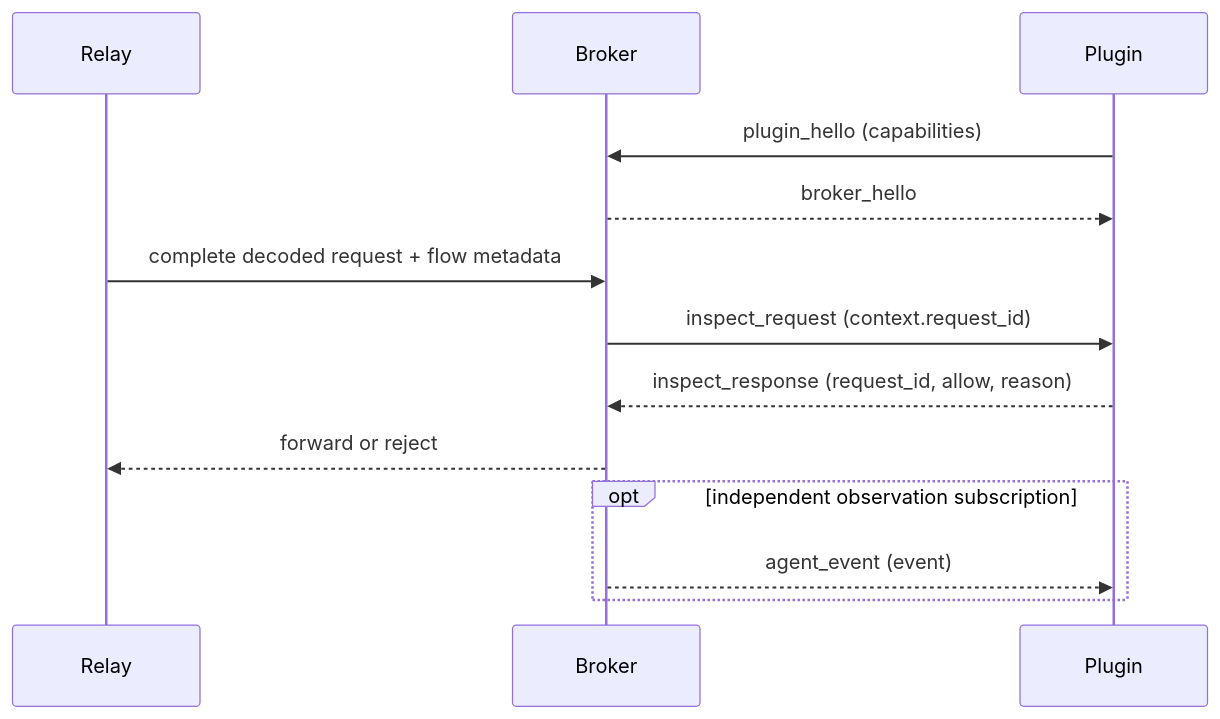
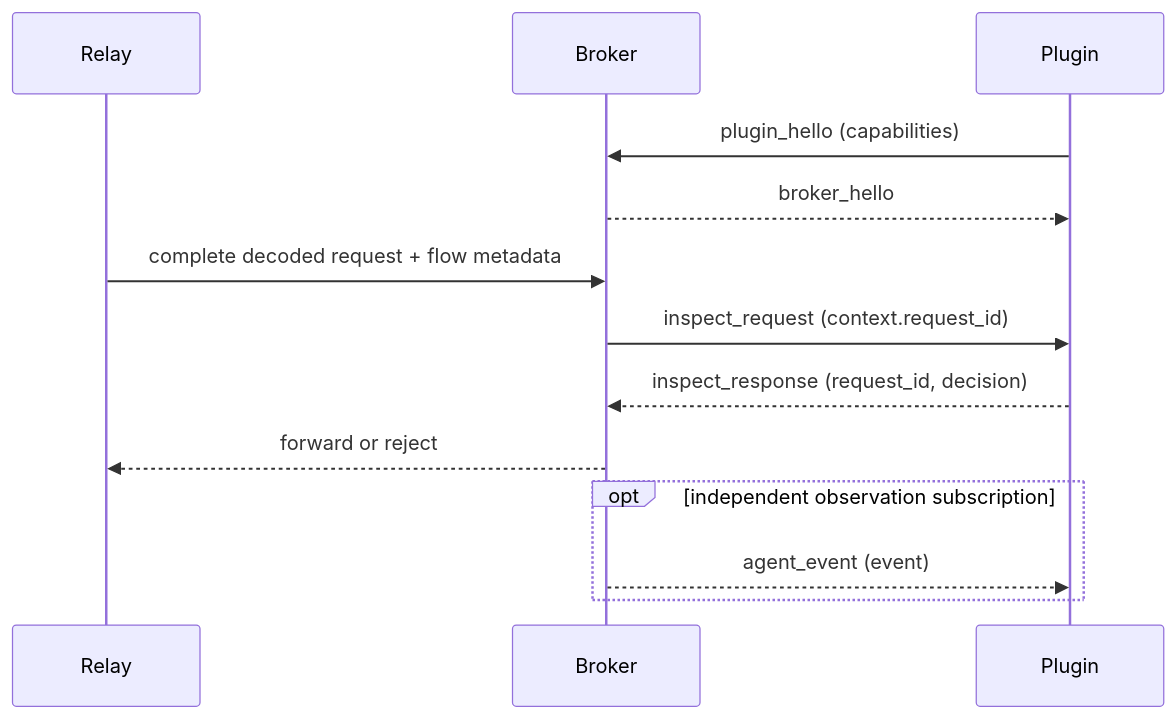
Before and after one commit to lexmount/abyss-rs: the diagram in crates/abyss-sdk/tests/fixtures/broker-plugin-protocol/v1/README.md, drawn with Mermaid. The commit also changed other lines of this file and 63 other files, not shown here.

First line of the commit message:
docs: design plugin request mutation (#78)

````diff
--- a/crates/abyss-sdk/tests/fixtures/broker-plugin-protocol/v1/README.md
+++ b/crates/abyss-sdk/tests/fixtures/broker-plugin-protocol/v1/README.md
@@ -36,15 +36,15 @@
 ```mermaid
 sequenceDiagram
     participant Relay
     participant Broker
     participant Plugin
     Plugin->>Broker: plugin_hello (capabilities)
     Broker-->>Plugin: broker_hello
     Relay->>Broker: complete decoded request + flow metadata
     Broker->>Plugin: inspect_request (context.request_id)
-    Plugin-->>Broker: inspect_response (request_id, allow, reason)
+    Plugin-->>Broker: inspect_response (request_id, decision)
     Broker-->>Relay: forward or reject
     opt independent observation subscription
         Broker-->>Plugin: agent_event (event)
     end
 ```
````
